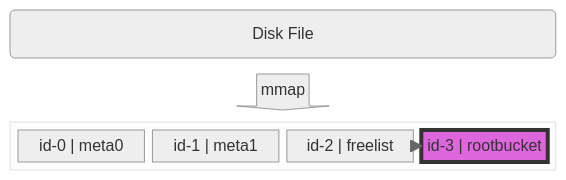
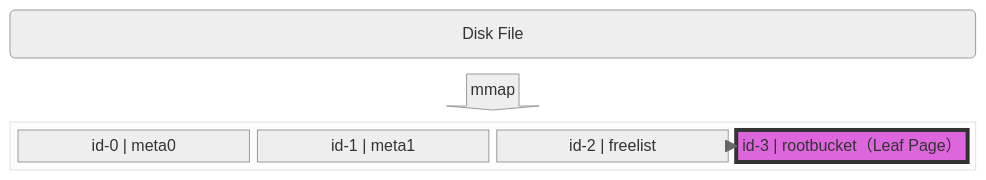
Before and after one commit to laohanlinux/boltdb-zig: the diagram in book/design.md, drawn with Mermaid (neutral theme). The commit also changed other lines of this file and 7 other files, not shown here.

````diff
--- a/book/design.md
+++ b/book/design.md
@@ -7,17 +7,17 @@
 ```mermaid
 block-beta
 	columns 3
     doc("Disk File"):3
     space down1<["mmap"]>(down) space
 
 	block:e:3
 		meta0["id-0 | meta0"] 
     meta1["id-1 | meta1"] 
-    freelist["id-2 | freelist"] --> root_bucket["id-3 | rootbucket"]
+    freelist["id-2 | freelist"] --> root_bucket["id-3 | rootbucket（Leaf Page）"]
 	end
 	
 	block:e:1
 		File["file"]
 	end
 	style root_bucket fill:#d6d,stroke:#333,stroke-width:4px
 ```
````
